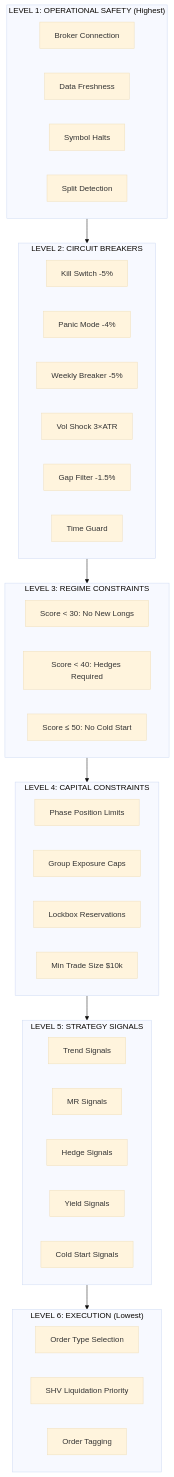
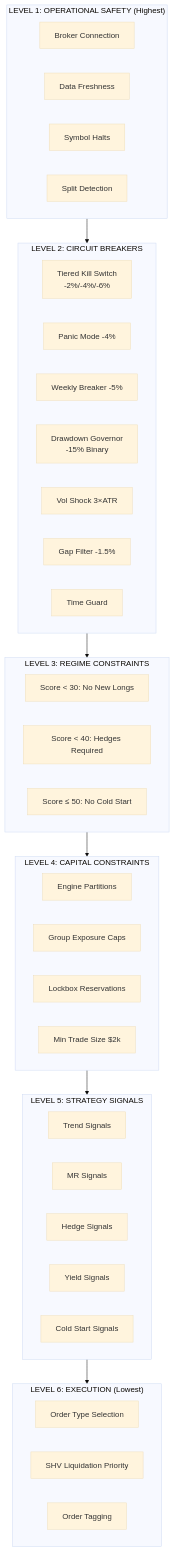
The third of 3 diagrams in docs/system/02-system-architecture.md (vickdavinci/alpha-nextgen-v2-private), drawn with Mermaid (base theme) before and after one commit. The commit also changed other lines of this file, not shown here.

First line of the commit message:
docs: update system architecture for V3.0-V6.14 changes

````diff
--- a/docs/system/02-system-architecture.md
+++ b/docs/system/02-system-architecture.md
@@ -219,47 +219,48 @@
 ```mermaid
 flowchart TB
     subgraph L1["LEVEL 1: OPERATIONAL SAFETY (Highest)"]
         L1A["Broker Connection"]
         L1B["Data Freshness"]
         L1C["Symbol Halts"]
         L1D["Split Detection"]
     end
 
     subgraph L2["LEVEL 2: CIRCUIT BREAKERS"]
-        L2A["Kill Switch -5%"]
+        L2A["Tiered Kill Switch<br/>-2%/-4%/-6%"]
         L2B["Panic Mode -4%"]
         L2C["Weekly Breaker -5%"]
-        L2D["Vol Shock 3×ATR"]
-        L2E["Gap Filter -1.5%"]
-        L2F["Time Guard"]
+        L2D["Drawdown Governor<br/>-15% Binary"]
+        L2E["Vol Shock 3×ATR"]
+        L2F["Gap Filter -1.5%"]
+        L2G["Time Guard"]
     end
 
     subgraph L3["LEVEL 3: REGIME CONSTRAINTS"]
         L3A["Score < 30: No New Longs"]
         L3B["Score < 40: Hedges Required"]
         L3C["Score ≤ 50: No Cold Start"]
     end
 
     subgraph L4["LEVEL 4: CAPITAL CONSTRAINTS"]
-        L4A["Phase Position Limits"]
+        L4A["Engine Partitions"]
         L4B["Group Exposure Caps"]
         L4C["Lockbox Reservations"]
-        L4D["Min Trade Size $10k"]
+        L4D["Min Trade Size $2k"]
     end
 
     subgraph L5["LEVEL 5: STRATEGY SIGNALS"]
         L5A["Trend Signals"]
         L5B["MR Signals"]
         L5C["Hedge Signals"]
         L5D["Yield Signals"]
         L5E["Cold Start Signals"]
     end
 
     subgraph L6["LEVEL 6: EXECUTION (Lowest)"]
         L6A["Order Type Selection"]
         L6B["SHV Liquidation Priority"]
         L6C["Order Tagging"]
     end
 
     L1 --> L2 --> L3 --> L4 --> L5 --> L6
 ```
````
